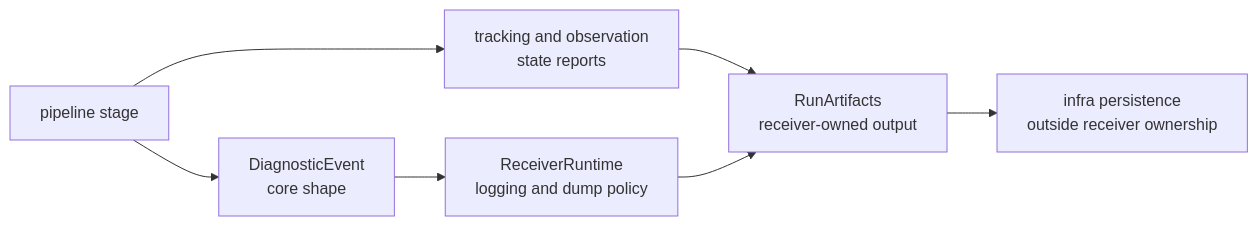
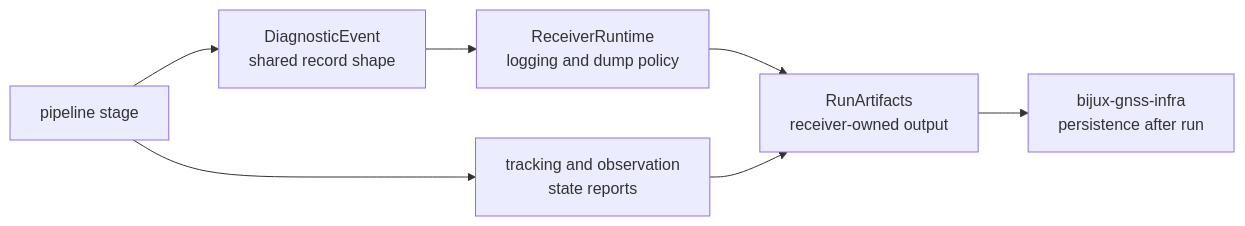
One commit to bijux/bijux-telecom changed the diagram in docs/05-bijux-gnss-receiver/interfaces/diagnostic-contracts.md. Above: the diagram before and after it, drawn with Mermaid. The commit also changed other lines of this file and 1 other file, not shown here.

Commit message:
docs(receiver): clarify deterministic diagnostics

````diff
--- a/docs/05-bijux-gnss-receiver/interfaces/diagnostic-contracts.md
+++ b/docs/05-bijux-gnss-receiver/interfaces/diagnostic-contracts.md
@@ -20,9 +19,12 @@
 ```mermaid
 flowchart LR
-    stage[pipeline stage] --> event[DiagnosticEvent\ncore shape]
-    stage --> state[tracking and observation\nstate reports]
-    event --> runtime[ReceiverRuntime\nlogging and dump policy]
-    state --> artifacts[RunArtifacts\nreceiver-owned output]
-    runtime --> artifacts
-    artifacts --> infra[infra persistence\noutside receiver ownership]
+    stage["pipeline stage"]
+    event["DiagnosticEvent<br/>shared record shape"]
+    state["tracking and observation<br/>state reports"]
+    runtime["ReceiverRuntime<br/>logging and dump policy"]
+    artifacts["RunArtifacts<br/>receiver-owned output"]
+    infra["bijux-gnss-infra<br/>persistence after run"]
+
+    stage --> event --> runtime --> artifacts --> infra
+    stage --> state --> artifacts
 ```
````
